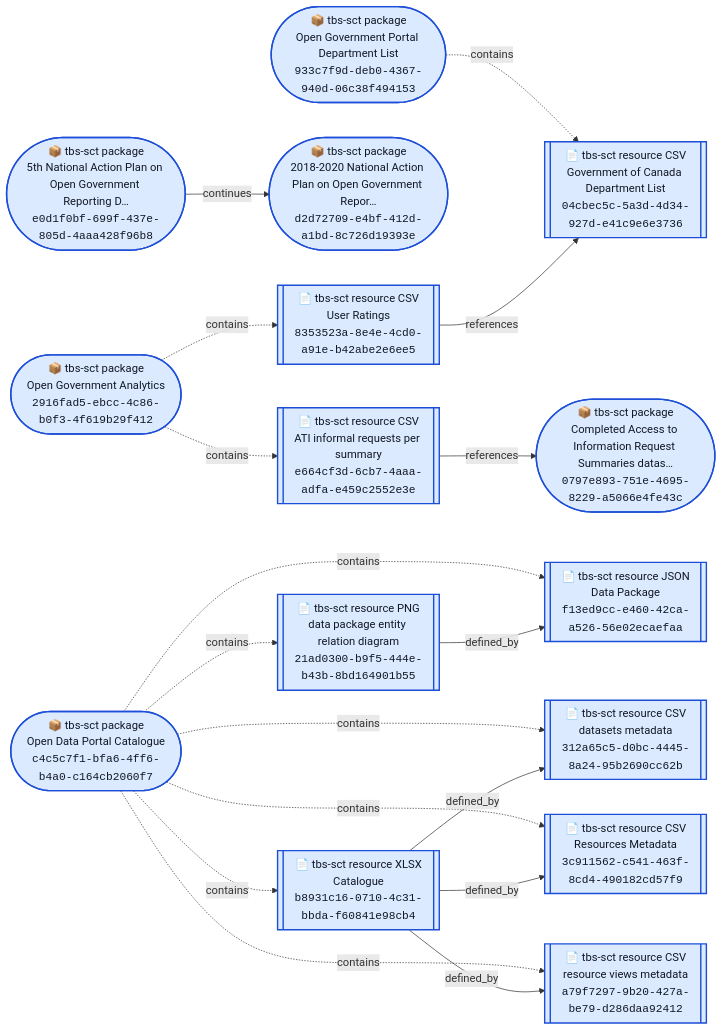
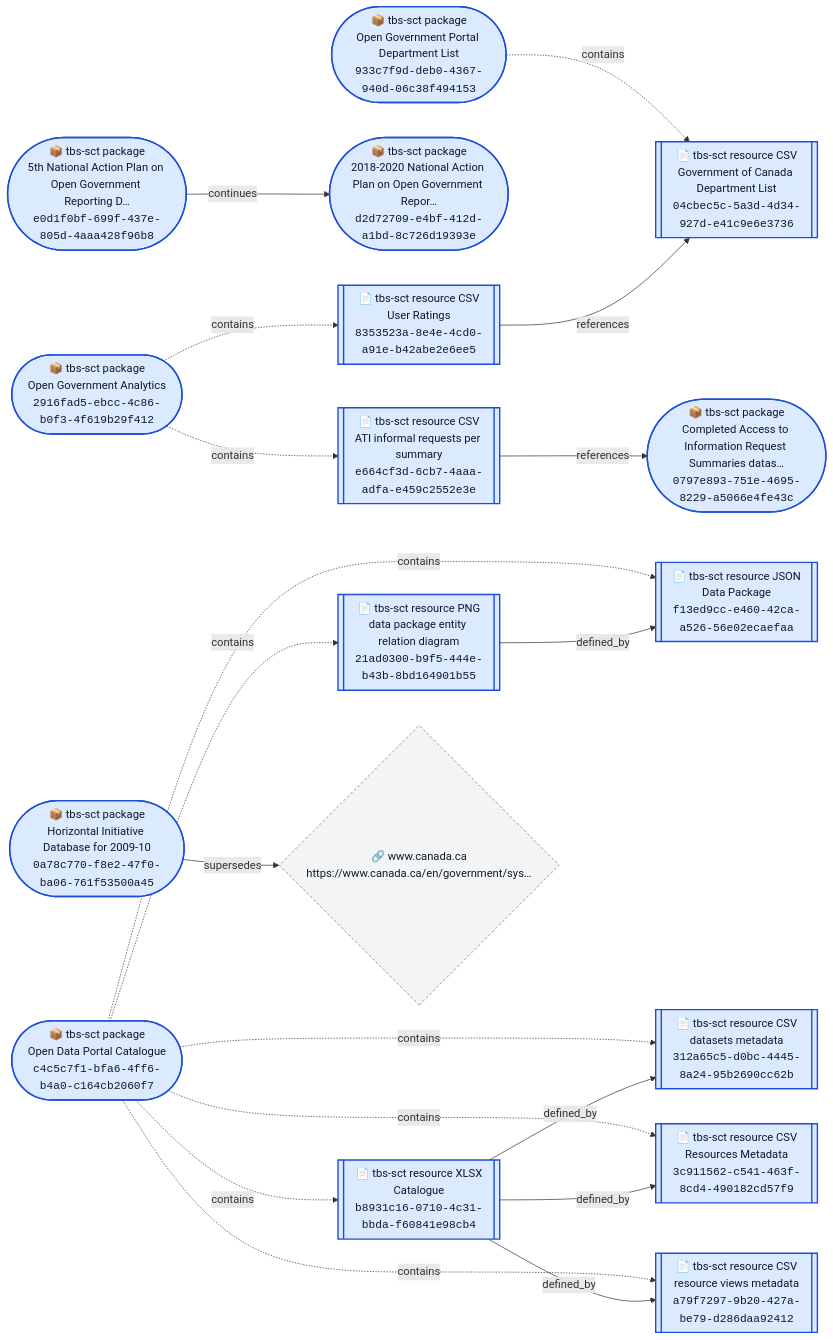
The diagram in DATA_RELS_NETWORK_RPT/charts/tbs-sct.md (open-data/analytics-corporate-reporting), drawn with Mermaid before and after one commit. The commit also changed 12 other files, not shown here.

````diff
--- a/DATA_RELS_NETWORK_RPT/charts/tbs-sct.md
+++ b/DATA_RELS_NETWORK_RPT/charts/tbs-sct.md
@@ -3,52 +3,57 @@
 ```mermaid
 flowchart LR
   N1(["📦 tbs-sct package<br/>Completed Access to Information Request Summaries datas…<br/><code>0797e893-751e-4695-8229-a5066e4fe43c</code>"])
-  N2(["📦 tbs-sct package<br/>Open Government Analytics<br/><code>2916fad5-ebcc-4c86-b0f3-4f619b29f412</code>"])
-  N3(["📦 tbs-sct package<br/>Open Government Portal Department List<br/><code>933c7f9d-deb0-4367-940d-06c38f494153</code>"])
-  N4(["📦 tbs-sct package<br/>Open Data Portal Catalogue<br/><code>c4c5c7f1-bfa6-4ff6-b4a0-c164cb2060f7</code>"])
-  N5(["📦 tbs-sct package<br/>2018-2020 National Action Plan on Open Government Repor…<br/><code>d2d72709-e4bf-412d-a1bd-8c726d19393e</code>"])
-  N6(["📦 tbs-sct package<br/>5th National Action Plan on Open Government Reporting D…<br/><code>e0d1f0bf-699f-437e-805d-4aaa428f96b8</code>"])
-  N7[["📄 tbs-sct resource CSV<br/>Government of Canada Department List<br/><code>04cbec5c-5a3d-4d34-927d-e41c9e6e3736</code>"]]
-  N8[["📄 tbs-sct resource PNG<br/>data package entity relation diagram<br/><code>21ad0300-b9f5-444e-b43b-8bd164901b55</code>"]]
-  N9[["📄 tbs-sct resource CSV<br/>datasets metadata<br/><code>312a65c5-d0bc-4445-8a24-95b2690cc62b</code>"]]
-  N10[["📄 tbs-sct resource CSV<br/>Resources Metadata<br/><code>3c911562-c541-463f-8cd4-490182cd57f9</code>"]]
-  N11[["📄 tbs-sct resource CSV<br/>User Ratings<br/><code>8353523a-8e4e-4cd0-a91e-b42abe2e6ee5</code>"]]
-  N12[["📄 tbs-sct resource CSV<br/>resource views metadata<br/><code>a79f7297-9b20-427a-be79-d286daa92412</code>"]]
-  N13[["📄 tbs-sct resource XLSX<br/>Catalogue<br/><code>b8931c16-0710-4c31-bbda-f60841e98cb4</code>"]]
-  N14[["📄 tbs-sct resource CSV<br/>ATI informal requests per summary<br/><code>e664cf3d-6cb7-4aaa-adfa-e459c2552e3e</code>"]]
-  N15[["📄 tbs-sct resource JSON<br/>Data Package<br/><code>f13ed9cc-e460-42ca-a526-56e02ecaefaa</code>"]]
-  N3 -. contains .-> N7
+  N2(["📦 tbs-sct package<br/>Horizontal Initiative Database for 2009-10<br/><code>0a78c770-f8e2-47f0-ba06-761f53500a45</code>"])
+  N3(["📦 tbs-sct package<br/>Open Government Analytics<br/><code>2916fad5-ebcc-4c86-b0f3-4f619b29f412</code>"])
+  N4(["📦 tbs-sct package<br/>Open Government Portal Department List<br/><code>933c7f9d-deb0-4367-940d-06c38f494153</code>"])
+  N5(["📦 tbs-sct package<br/>Open Data Portal Catalogue<br/><code>c4c5c7f1-bfa6-4ff6-b4a0-c164cb2060f7</code>"])
+  N6(["📦 tbs-sct package<br/>2018-2020 National Action Plan on Open Government Repor…<br/><code>d2d72709-e4bf-412d-a1bd-8c726d19393e</code>"])
+  N7(["📦 tbs-sct package<br/>5th National Action Plan on Open Government Reporting D…<br/><code>e0d1f0bf-699f-437e-805d-4aaa428f96b8</code>"])
+  N8[["📄 tbs-sct resource CSV<br/>Government of Canada Department List<br/><code>04cbec5c-5a3d-4d34-927d-e41c9e6e3736</code>"]]
+  N9[["📄 tbs-sct resource PNG<br/>data package entity relation diagram<br/><code>21ad0300-b9f5-444e-b43b-8bd164901b55</code>"]]
+  N10[["📄 tbs-sct resource CSV<br/>datasets metadata<br/><code>312a65c5-d0bc-4445-8a24-95b2690cc62b</code>"]]
+  N11[["📄 tbs-sct resource CSV<br/>Resources Metadata<br/><code>3c911562-c541-463f-8cd4-490182cd57f9</code>"]]
+  N12[["📄 tbs-sct resource CSV<br/>User Ratings<br/><code>8353523a-8e4e-4cd0-a91e-b42abe2e6ee5</code>"]]
+  N13[["📄 tbs-sct resource CSV<br/>resource views metadata<br/><code>a79f7297-9b20-427a-be79-d286daa92412</code>"]]
+  N14[["📄 tbs-sct resource XLSX<br/>Catalogue<br/><code>b8931c16-0710-4c31-bbda-f60841e98cb4</code>"]]
+  N15[["📄 tbs-sct resource CSV<br/>ATI informal requests per summary<br/><code>e664cf3d-6cb7-4aaa-adfa-e459c2552e3e</code>"]]
+  N16[["📄 tbs-sct resource JSON<br/>Data Package<br/><code>f13ed9cc-e460-42ca-a526-56e02ecaefaa</code>"]]
+  N17{"🔗 www.canada.ca<br/>https://www.canada.ca/en/government/sys…"}
   N4 -. contains .-> N8
-  N4 -. contains .-> N9
-  N4 -. contains .-> N10
-  N2 -. contains .-> N11
-  N4 -. contains .-> N12
-  N4 -. contains .-> N13
-  N2 -. contains .-> N14
-  N4 -. contains .-> N15
-  N6 -- "continues" --> N5
-  N8 -- "defined_by" --> N15
-  N11 -- "references" --> N7
-  N13 -- "defined_by" --> N9
-  N13 -- "defined_by" --> N10
-  N13 -- "defined_by" --> N12
-  N14 -- "references" --> N1
+  N5 -. contains .-> N9
+  N5 -. contains .-> N10
+  N5 -. contains .-> N11
+  N3 -. contains .-> N12
+  N5 -. contains .-> N13
+  N5 -. contains .-> N14
+  N3 -. contains .-> N15
+  N5 -. contains .-> N16
+  N2 -- "supersedes" --> N17
+  N7 -- "continues" --> N6
+  N9 -- "defined_by" --> N16
+  N12 -- "references" --> N8
+  N14 -- "defined_by" --> N10
+  N14 -- "defined_by" --> N11
+  N14 -- "defined_by" --> N13
+  N15 -- "references" --> N1
   class N1 seed
   class N2 seed
   class N3 seed
   class N4 seed
   class N5 seed
   class N6 seed
   class N7 seed
   class N8 seed
   class N9 seed
   class N10 seed
   class N11 seed
   class N12 seed
   class N13 seed
   class N14 seed
   class N15 seed
+  class N16 seed
+  class N17 url
   classDef seed fill:#dbeafe,stroke:#1d4ed8,stroke-width:2px,color:#111827
   classDef other fill:#ecfccb,stroke:#4d7c0f,stroke-width:1px,color:#111827
   classDef url fill:#f3f4f6,stroke:#6b7280,stroke-dasharray: 4 3,color:#111827
 ```
````
